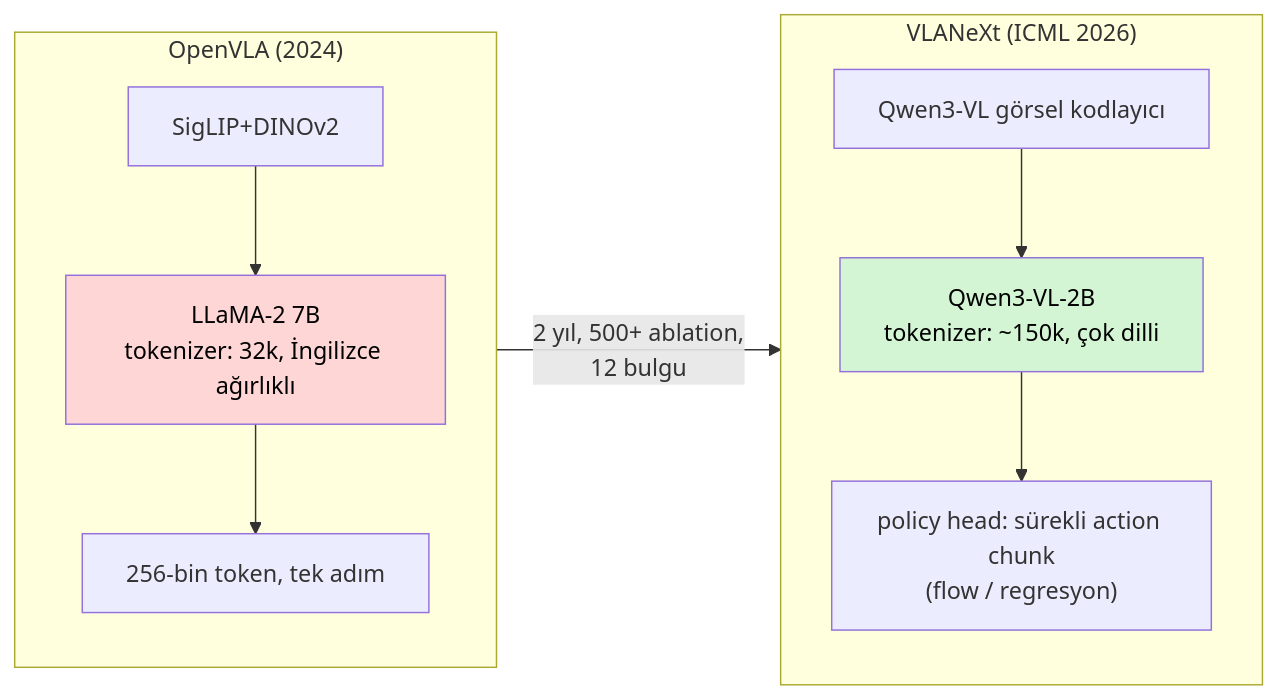
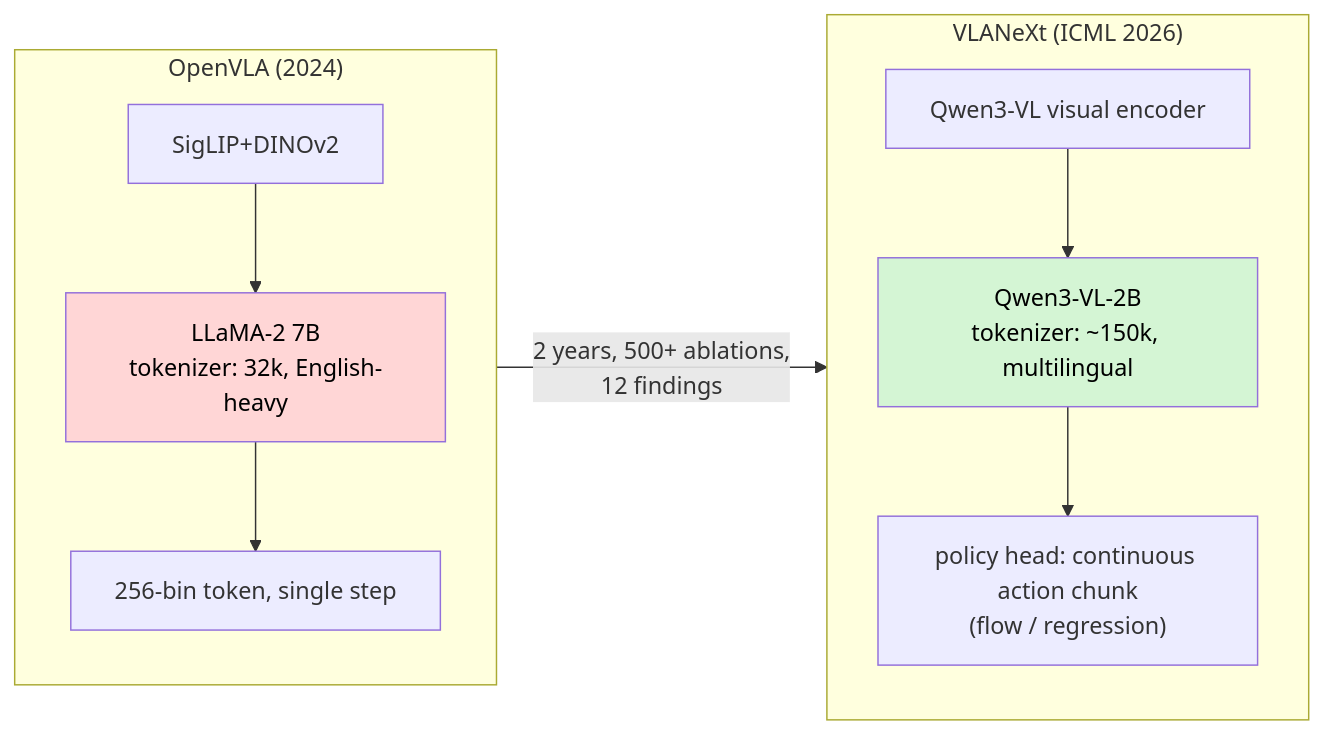
The diagram in lectures/images/lecture-08/02-vlanext.mmd (mesutd0nmez/vla-robot-learning-tr), drawn with Mermaid before and after one commit. The commit also changed 430 other files, not shown here.

```diff
--- a/lectures/images/lecture-08/02-vlanext.mmd
+++ b/lectures/images/lecture-08/02-vlanext.mmd
@@ -1,10 +1,10 @@
 flowchart LR
     subgraph O["OpenVLA (2024)"]
-        o1["SigLIP+DINOv2"] --> o2["LLaMA-2 7B<br/>tokenizer: 32k, İngilizce ağırlıklı"] --> o3["256-bin token, tek adım"]
+        o1["SigLIP+DINOv2"] --> o2["LLaMA-2 7B<br/>tokenizer: 32k, English-heavy"] --> o3["256-bin token, single step"]
     end
     subgraph V["VLANeXt (ICML 2026)"]
-        v1["Qwen3-VL görsel kodlayıcı"] --> v2["Qwen3-VL-2B<br/>tokenizer: ~150k, çok dilli"] --> v3["policy head: sürekli action chunk<br/>(flow / regresyon)"]
+        v1["Qwen3-VL visual encoder"] --> v2["Qwen3-VL-2B<br/>tokenizer: ~150k, multilingual"] --> v3["policy head: continuous action chunk<br/>(flow / regression)"]
     end
-    O -->|"2 yıl, 500+ ablation,<br/>12 bulgu"| V
+    O -->|"2 years, 500+ ablations,<br/>12 findings"| V
     style o2 fill:#ffd6d6,color:#000
     style v2 fill:#d4f5d4,color:#000
```
